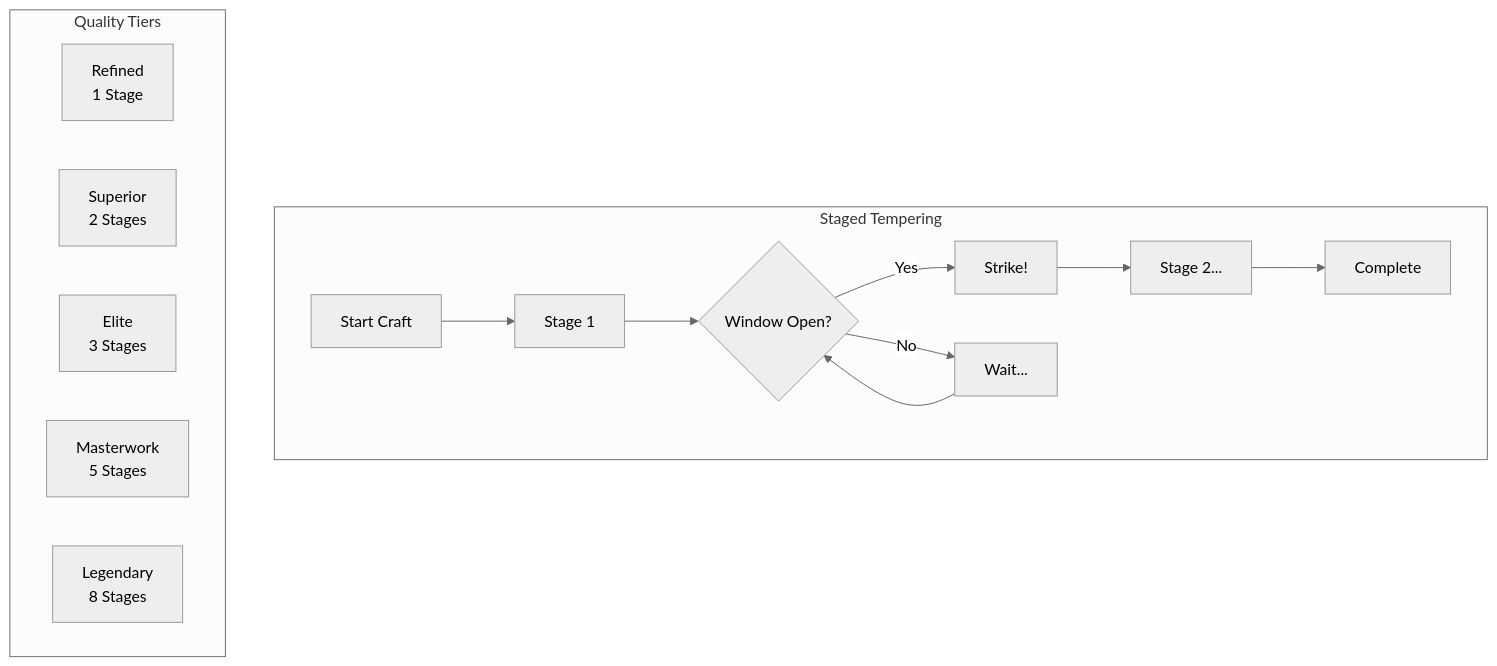
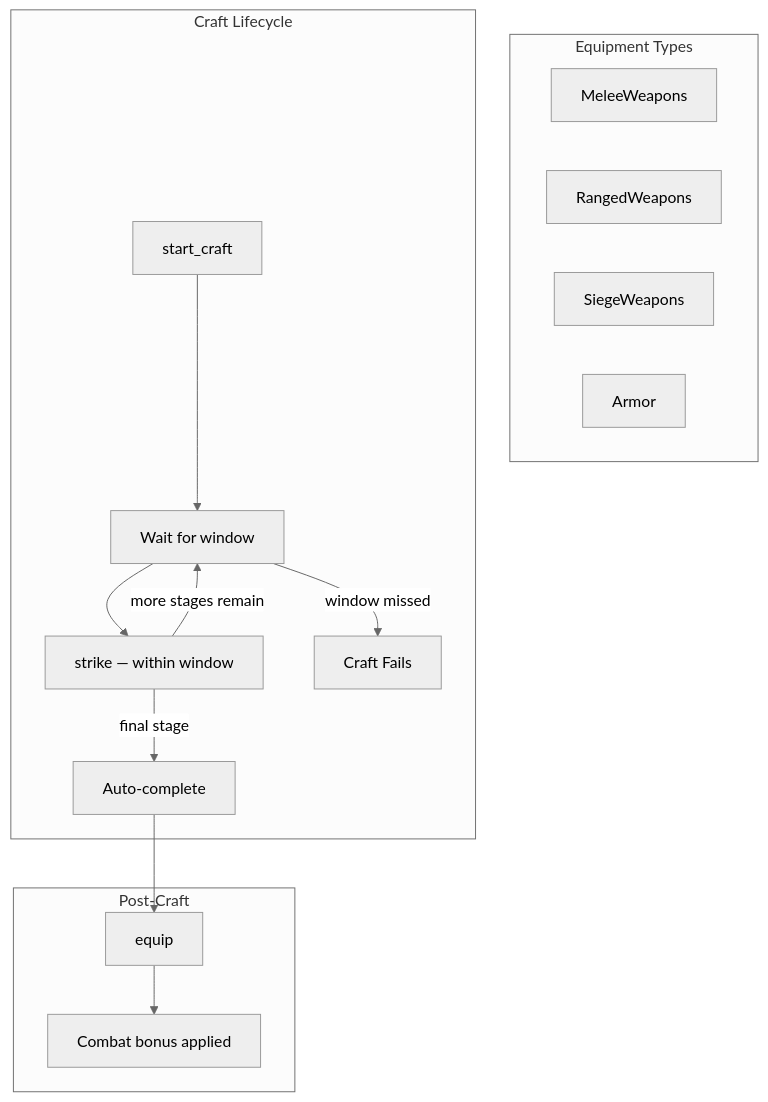
The first of 5 diagrams in docs/onchain/04-systems/forge.md (crypt0miester/novus-mundus), drawn with Mermaid (neutral theme) before and after one commit. The commit also changed other lines of this file and 259 other files, not shown here.

````diff
--- a/docs/onchain/04-systems/forge.md
+++ b/docs/onchain/04-systems/forge.md
@@ -9,20 +9,22 @@
 ```mermaid
 graph TB
-    subgraph "Staged Tempering"
-        START[Start Craft] --> STAGE1[Stage 1]
-        STAGE1 --> WINDOW1{Window Open?}
-        WINDOW1 -->|Yes| STRIKE1[Strike!]
-        WINDOW1 -->|No| WAIT1[Wait...]
-        WAIT1 --> WINDOW1
-        STRIKE1 --> STAGE2[Stage 2...]
-        STAGE2 --> COMPLETE[Complete]
+    subgraph "Equipment Types"
+        MW[MeleeWeapons]
+        RW[RangedWeapons]
+        SW[SiegeWeapons]
+        AR[Armor]
     end
 
-    subgraph "Quality Tiers"
-        REFINED[Refined<br/>1 Stage]
-        SUPERIOR[Superior<br/>2 Stages]
-        ELITE[Elite<br/>3 Stages]
-        MASTER[Masterwork<br/>5 Stages]
-        LEGEND[Legendary<br/>8 Stages]
+    subgraph "Craft Lifecycle"
+        START[start_craft] --> WAIT[Wait for window]
+        WAIT --> STRIKE["strike — within window"]
+        STRIKE -->|"more stages remain"| WAIT
+        STRIKE -->|"final stage"| COMPLETE[Auto-complete]
+        WAIT -->|"window missed"| FAIL[Craft Fails]
+    end
+
+    subgraph "Post-Craft"
+        COMPLETE --> EQUIP[equip]
+        EQUIP --> BUFF[Combat bonus applied]
     end
 ```
````
